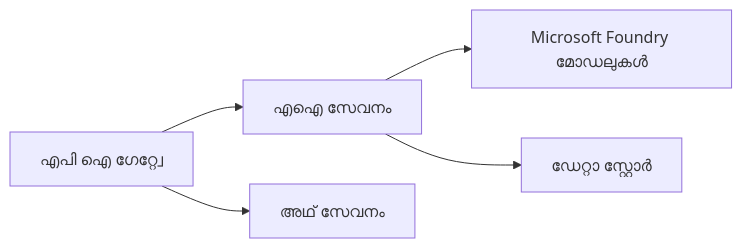
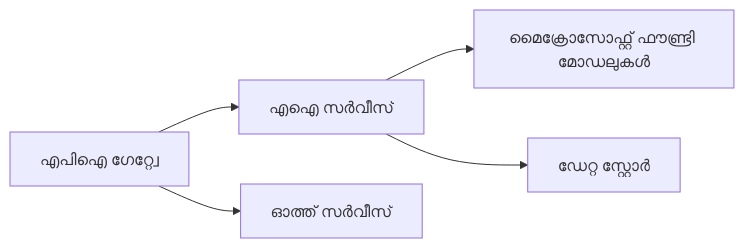
The first of 2 diagrams in translations/ml/docs/chapter-08-production/README.md (microsoft/AZD-for-beginners), drawn with Mermaid before and after one commit. The commit also changed other lines of this file and 59 other files, not shown here.

````diff
--- a/translations/ml/docs/chapter-08-production/README.md
+++ b/translations/ml/docs/chapter-08-production/README.md
@@ -48,6 +48,6 @@
 ```mermaid
 graph LR
-    Gateway[എപി ഐ ഗേറ്റ്വേ] --> AI[എഐ സേവനം] --> Models[Microsoft Foundry മോഡലുകൾ]
-    Gateway --> Auth[അഥ് സേവനം]
-    AI --> Data[ഡേറ്റാ സ്റ്റോർ]
+    Gateway[എപിഐ ഗേറ്റ്വേ] --> AI[എഐ സർവീസ്] --> Models[മൈക്രോസോഫ്റ്റ് ഫൗണ്ട്രി മോഡലുകൾ]
+    Gateway --> Auth[ഓത്ത് സർവീസ്]
+    AI --> Data[ഡേറ്റ സ്റ്റോർ]
 ```
````
